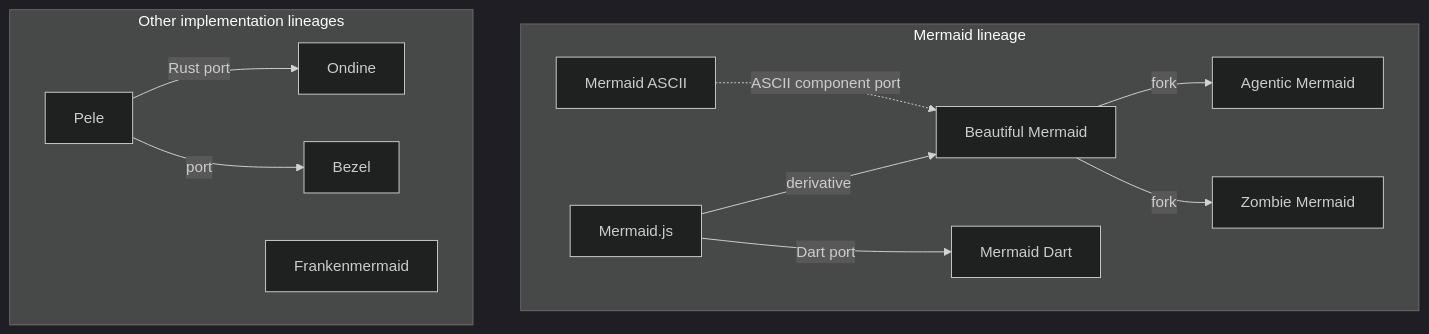
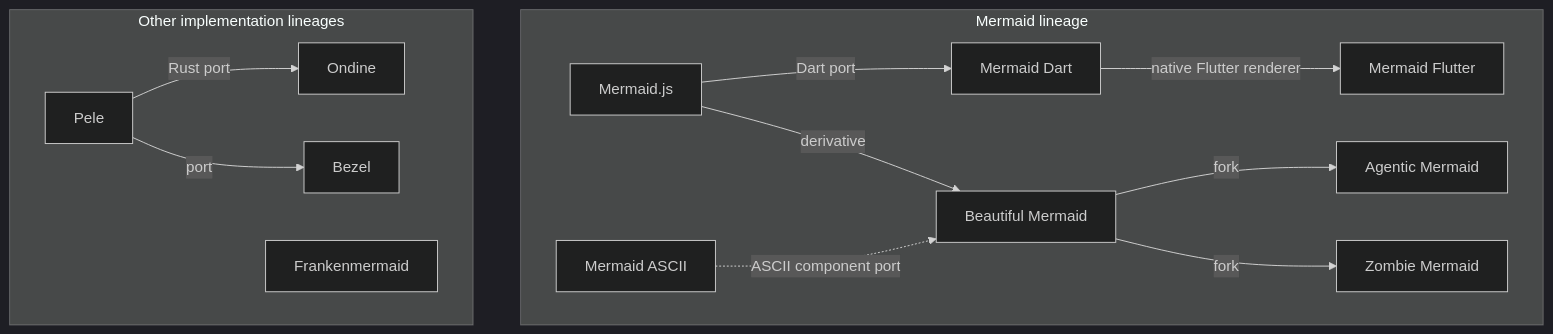
Before and after one commit to adewale/trident: the diagram in docs/lineage-overview.mmd, drawn with Mermaid (dark theme). The commit also changed 19 other files, not shown here.

Commit message:
Separate Mermaid Dart and Mermaid Flutter project identities

```diff
--- a/docs/lineage-overview.mmd
+++ b/docs/lineage-overview.mmd
@@ -1,22 +1,24 @@
 flowchart TD
   subgraph MermaidFamily[Mermaid lineage]
     Mermaid[Mermaid.js]
     Beautiful[Beautiful Mermaid]
     Dart[Mermaid Dart]
+    Flutter[Mermaid Flutter]
     Agentic[Agentic Mermaid]
     Zombie[Zombie Mermaid]
     ASCII[Mermaid ASCII]
     Mermaid -->|derivative| Beautiful
     Mermaid -->|Dart port| Dart
+    Dart -->|native Flutter renderer| Flutter
     Beautiful -->|fork| Agentic
     Beautiful -->|fork| Zombie
     ASCII -.->|ASCII component port| Beautiful
   end
   subgraph OtherEngines[Other implementation lineages]
     Pele[Pele]
     Ondine[Ondine]
     Bezel[Bezel]
     Franken[Frankenmermaid]
     Pele -->|Rust port| Ondine
     Pele -->|port| Bezel
   end
```
